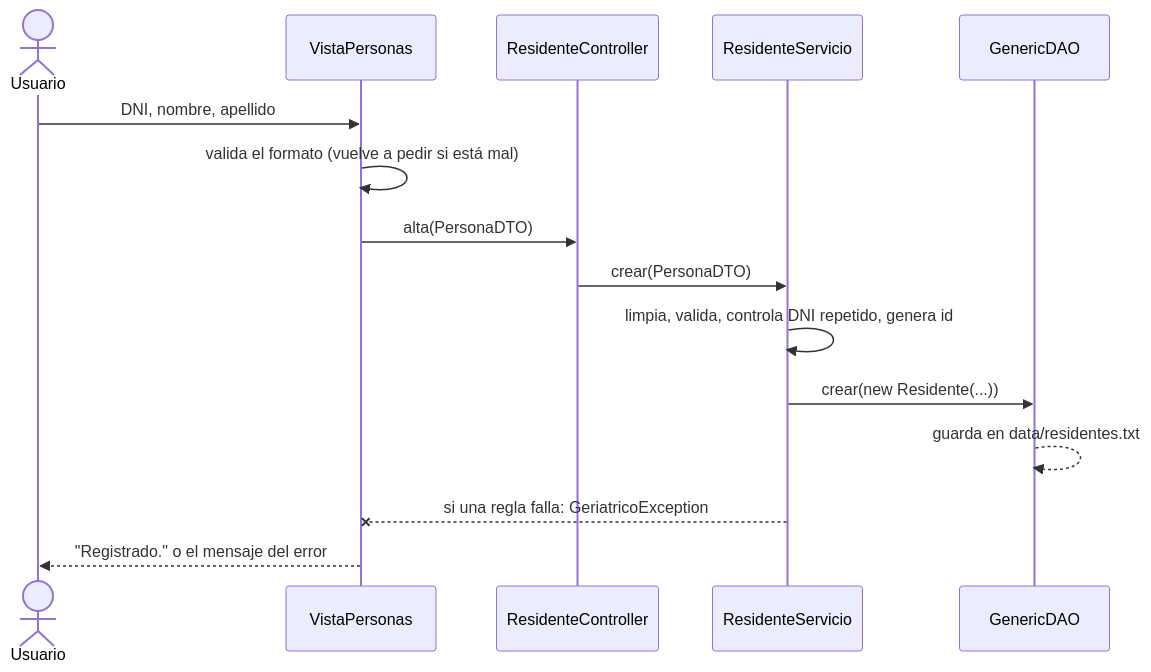
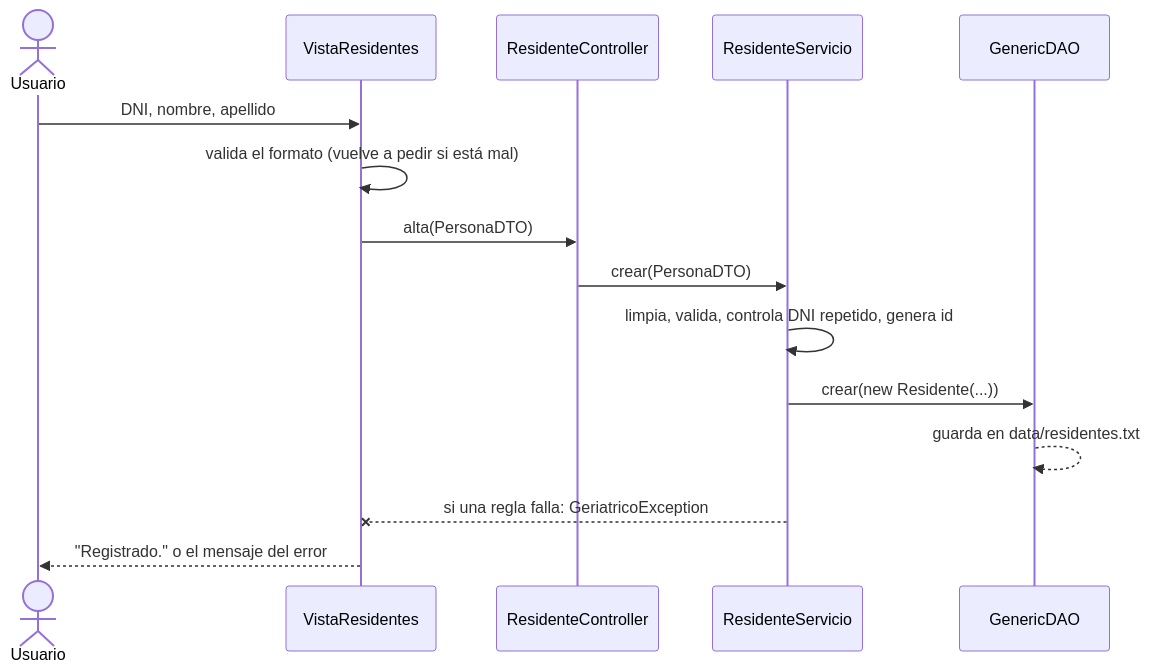
One commit to Emanuelbig/gestion-residencia-geriatrica-java-mvc changed the second of 2 diagrams in README.md. Above: the diagram before and after it, drawn with Mermaid. The commit also changed other lines of this file and 13 other files, not shown here.

````diff
--- a/README.md
+++ b/README.md
@@ -76,17 +78,17 @@
 ```mermaid
 sequenceDiagram
     actor U as Usuario
-    participant V as VistaPersonas
+    participant V as VistaResidentes
     participant C as ResidenteController
     participant S as ResidenteServicio
     participant D as GenericDAO
     U->>V: DNI, nombre, apellido
     V->>V: valida el formato (vuelve a pedir si está mal)
     V->>C: alta(PersonaDTO)
     C->>S: crear(PersonaDTO)
     S->>S: limpia, valida, controla DNI repetido, genera id
     S->>D: crear(new Residente(...))
     D-->>D: guarda en data/residentes.txt
     S--xV: si una regla falla: GeriatricoException
     V-->>U: "Registrado." o el mensaje del error
 ```
````
